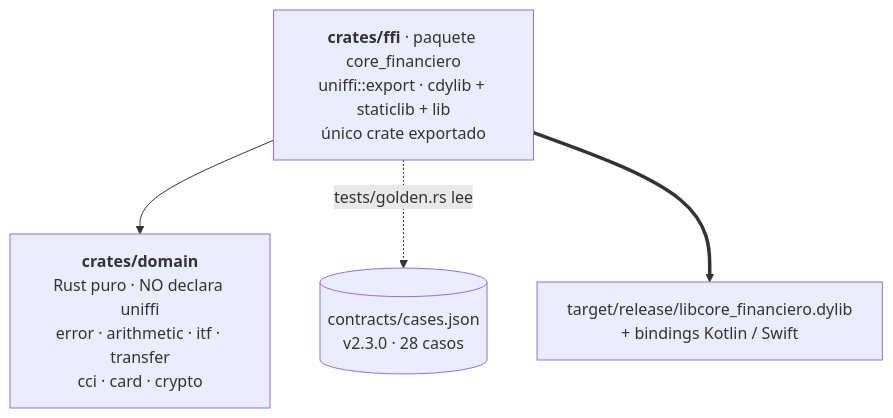
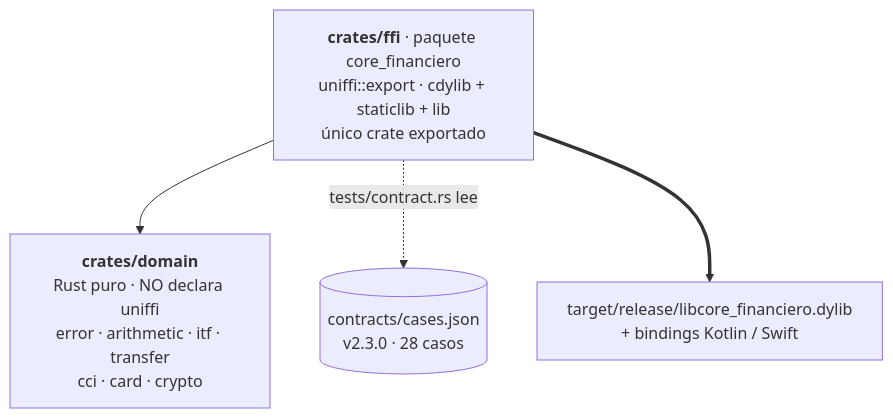
Before and after one commit to tohure/rust-core-cross-app: the diagram in rust-core/README.md, drawn with Mermaid. The commit also changed other lines of this file and 17 other files, not shown here.

First line of the commit message:
refactor: "golden" pasa a llamarse "test de contrato"

````diff
--- a/rust-core/README.md
+++ b/rust-core/README.md
@@ -16,11 +16,11 @@
 ```mermaid
 graph TD
     ffi["<b>crates/ffi</b> · paquete core_financiero<br/>uniffi::export · cdylib + staticlib + lib<br/>único crate exportado"]
     domain["<b>crates/domain</b><br/>Rust puro · NO declara uniffi<br/>error · arithmetic · itf · transfer<br/>cci · card · crypto"]
     contrato[("contracts/cases.json<br/>v2.3.0 · 28 casos")]
     bindings["target/release/libcore_financiero.dylib<br/>+ bindings Kotlin / Swift"]
 
     ffi --> domain
-    ffi -. "tests/golden.rs lee" .-> contrato
+    ffi -. "tests/contract.rs lee" .-> contrato
     ffi ==> bindings
 ```
````
